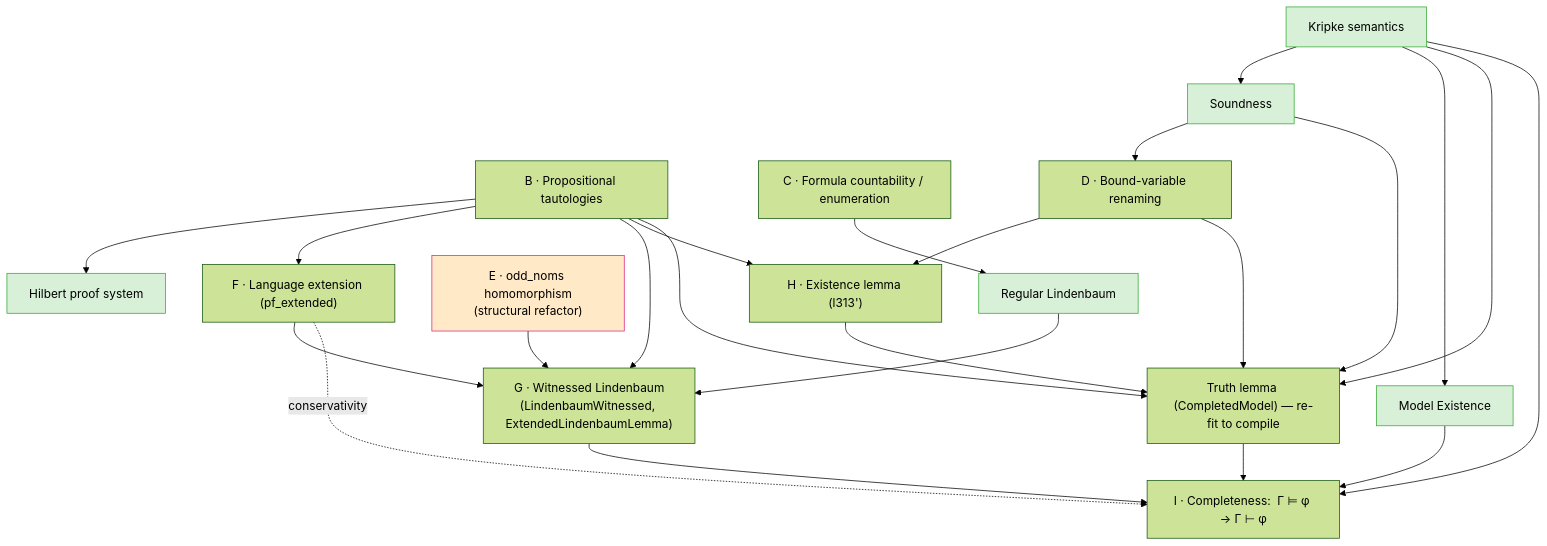
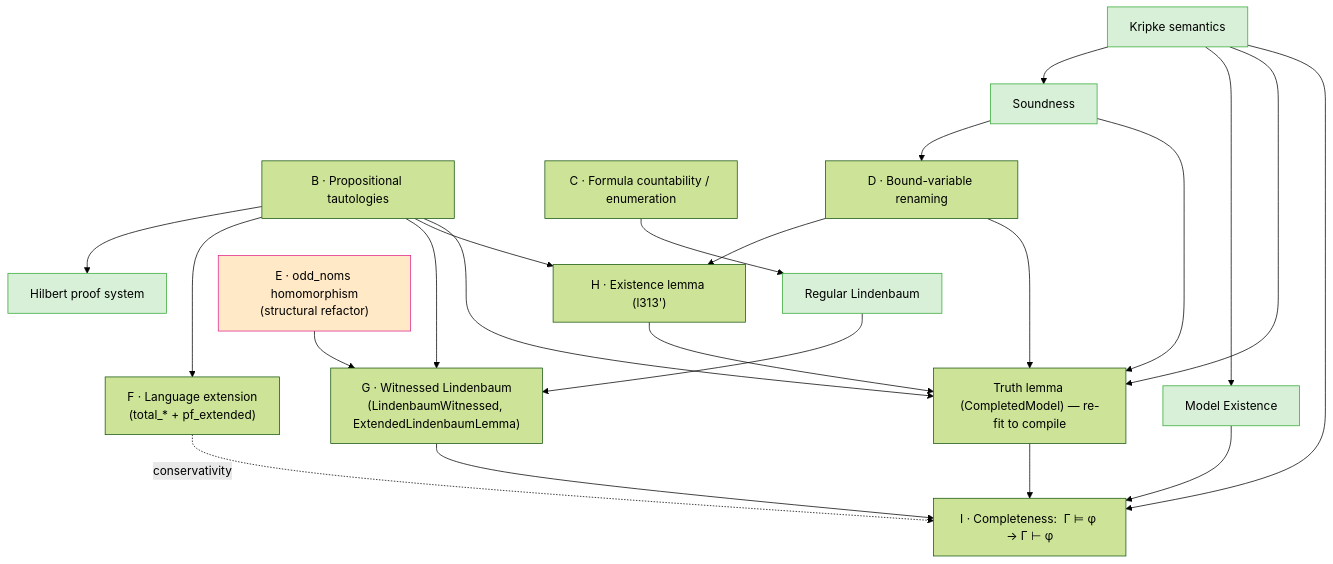
The first of 5 diagrams in arxiv.md (catskillsresearch/hybrid_logic_lean_revisited), drawn with Mermaid (forest theme) before and after one commit. The commit also changed other lines of this file, not shown here.

````diff
--- a/arxiv.md
+++ b/arxiv.md
@@ -175,44 +175,43 @@
 ```mermaid
 flowchart TD
     classDef done fill:#d8efd8,stroke:#3a3,color:#000;
     classDef crux fill:#ffe9c7,stroke:#d28,color:#000;
 
     SEM["Kripke semantics"]:::done
     PS["Hilbert proof system"]:::done
     SND["Soundness"]:::done
     RL["Regular Lindenbaum"]:::done
     ME["Model Existence"]:::done
 
     B["B · Propositional tautologies"]
     C["C · Formula countability / enumeration"]
     D["D · Bound-variable renaming"]
     E["E · odd_noms homomorphism<br/>(structural refactor)"]:::crux
-    F["F · Language extension (pf_extended)"]
+    F["F · Language extension<br/>(total_* + pf_extended)"]
     G["G · Witnessed Lindenbaum<br/>(LindenbaumWitnessed, ExtendedLindenbaumLemma)"]
     TL["Truth lemma (CompletedModel) — re-fit to compile"]
     H["H · Existence lemma (l313')"]
     I["I · Completeness:  Γ ⊨ φ → Γ ⊢ φ"]
 
     B --> PS
     C --> RL
     RL --> G
     E --> G
-    F --> G
     B --> F
     B --> G
     B --> H
     B --> TL
     D --> H
     D --> TL
     H --> TL
     G --> I
     TL --> I
     ME --> I
     F -.->|"conservativity"| I
     SEM --> SND
     SEM --> ME
     SEM --> TL
     SEM --> I
     SND --> D
     SND --> TL
 ```
````
